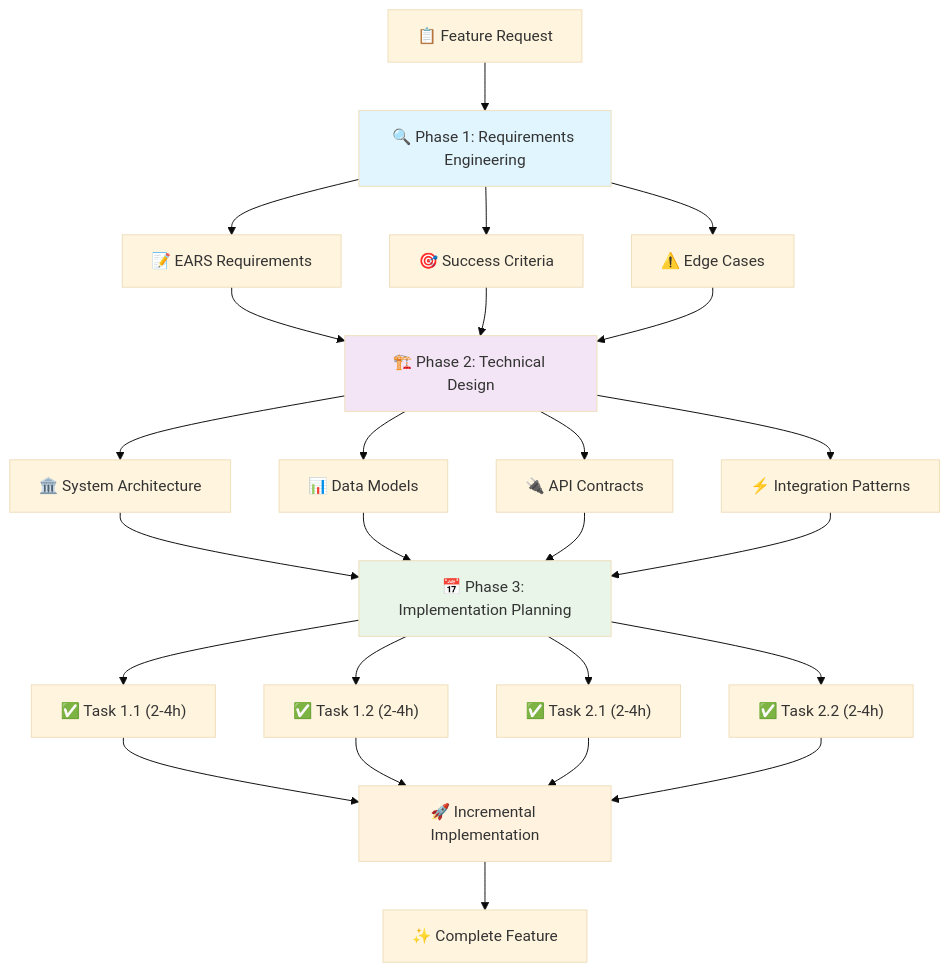
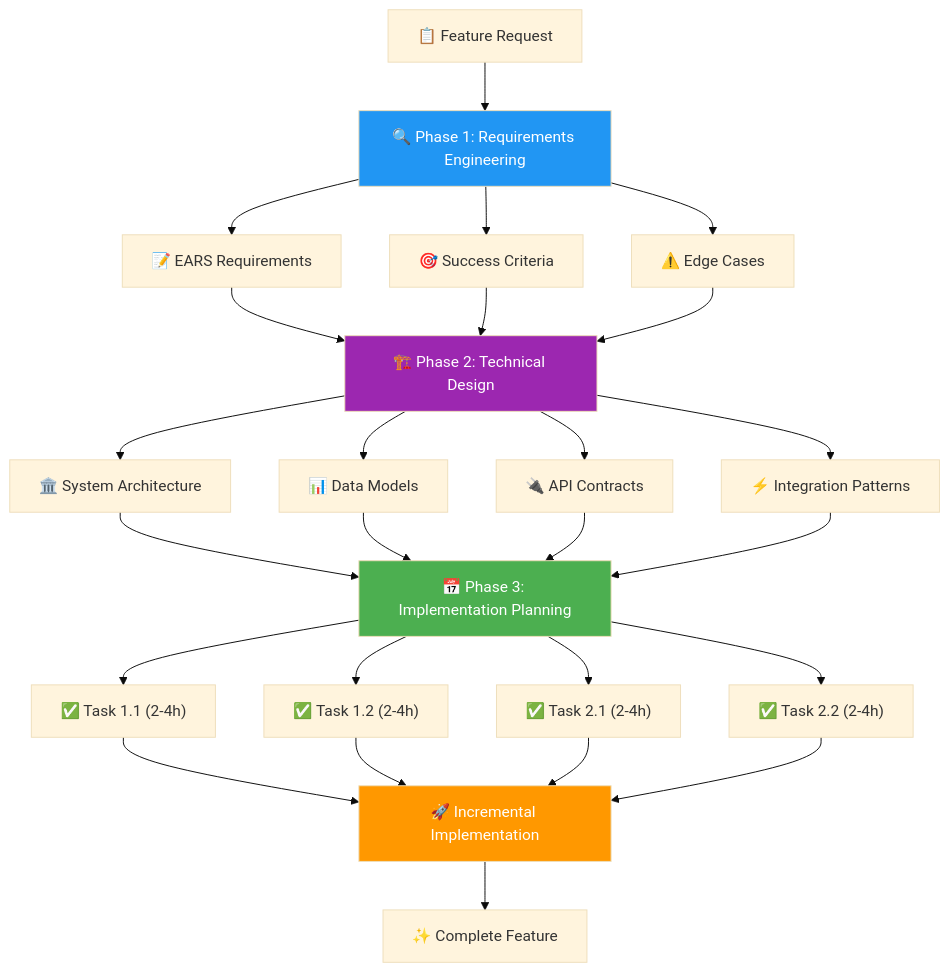
One commit to tikazyq/marvinzhang.dev changed the second of 3 diagrams in blog/2025-09-16-spec-driven-development.mdx. Above: the diagram before and after it, drawn with Mermaid (base theme). The commit also changed other lines of this file and 3 other files, not shown here.

Commit message:
refactor: update Mermaid diagram extraction regex for improved accuracy and enhance WeChat processing script with admonition conversion and footer addition

````diff
--- a/blog/2025-09-16-spec-driven-development.mdx
+++ b/blog/2025-09-16-spec-driven-development.mdx
@@ -137,32 +137,32 @@
 ```mermaid
 flowchart TD
     A["📋 Feature Request"] --> B["🔍 Phase 1: Requirements Engineering"]
     B --> B1["📝 EARS Requirements"]
     B --> B2["🎯 Success Criteria"]
     B --> B3["⚠️ Edge Cases"]
     B1 --> C["🏗️ Phase 2: Technical Design"]
     B2 --> C
     B3 --> C
     C --> C1["🏛️ System Architecture"]
     C --> C2["📊 Data Models"]
     C --> C3["🔌 API Contracts"]
     C --> C4["⚡ Integration Patterns"]
     C1 --> D["📅 Phase 3: Implementation Planning"]
     C2 --> D
     C3 --> D
     C4 --> D
     D --> D1["✅ Task 1.1 (2-4h)"]
     D --> D2["✅ Task 1.2 (2-4h)"]
     D --> D3["✅ Task 2.1 (2-4h)"]
     D --> D4["✅ Task 2.2 (2-4h)"]
     D1 --> E["🚀 Incremental Implementation"]
     D2 --> E
     D3 --> E
     D4 --> E
     E --> F["✨ Complete Feature"]
 
-    style B fill:#e1f5fe
-    style C fill:#f3e5f5
-    style D fill:#e8f5e8
-    style E fill:#fff3e0
+    style B fill:#2196f3,color:#fff
+    style C fill:#9c27b0,color:#fff
+    style D fill:#4caf50,color:#fff
+    style E fill:#ff9800,color:#fff
 ```
````
